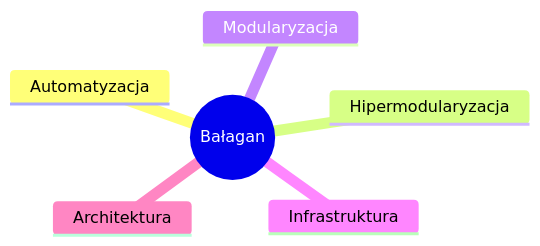
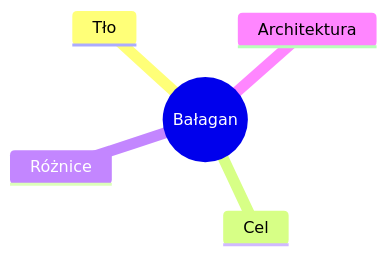
Before and after one commit to hipermodularyzacja/prezentacja: the fifth of 14 diagrams in README.md, drawn with Mermaid. The commit also changed other lines of this file, not shown here.

````diff
--- a/README.md
+++ b/README.md
@@ -415,9 +415,8 @@
 ```mermaid
 mindmap
   root((Bałagan))
-    Automatyzacja
-    Hipermodularyzacja
-    Modularyzacja
-    Infrastruktura
+    Tło    
+    Cel
+    Różnice   
     Architektura
 ```
````
